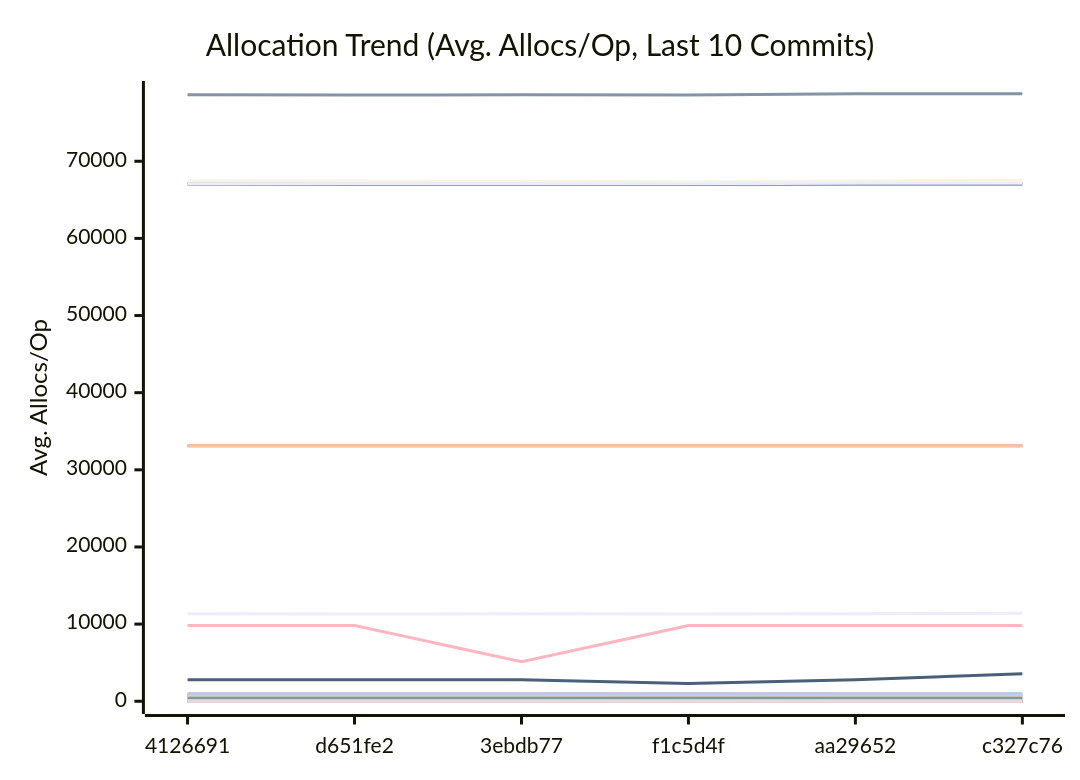
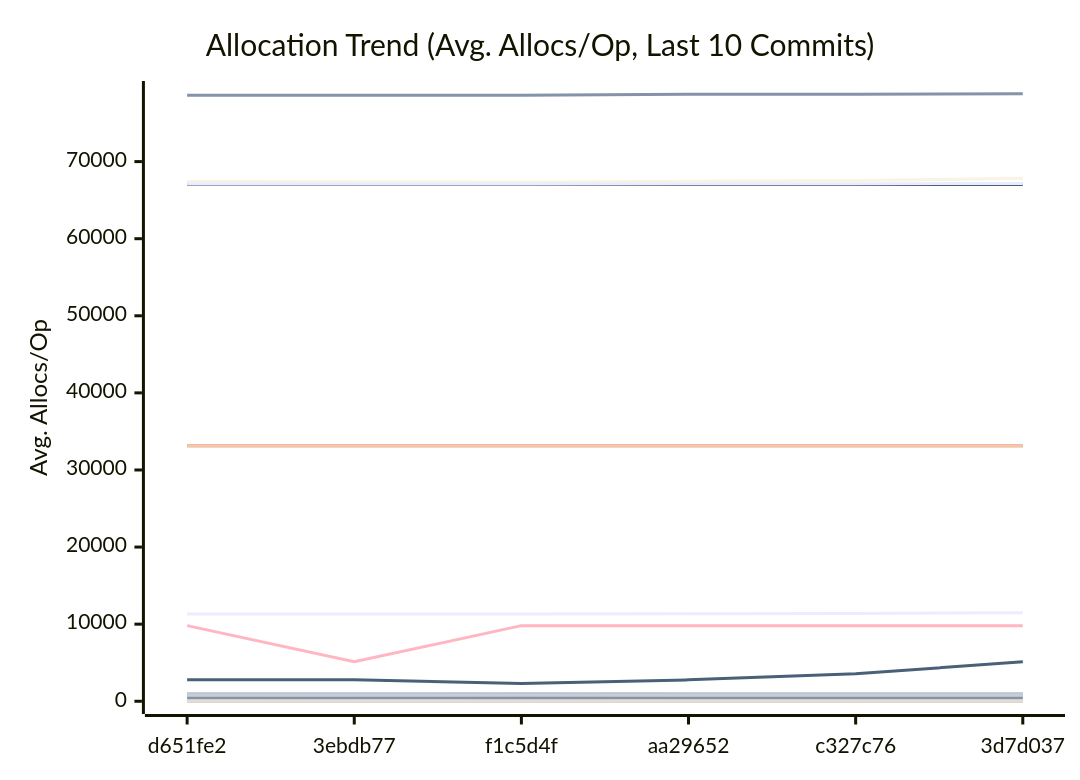
The third of 3 diagrams in docs/PERFORMANCE.md (alsotoes/momo), drawn with Mermaid before and after one commit. The commit also changed other lines of this file and 1 other file, not shown here.

````diff
--- a/docs/PERFORMANCE.md
+++ b/docs/PERFORMANCE.md
@@ -360,44 +360,44 @@
 ```mermaid
 xychart-beta
     title "Allocation Trend (Avg. Allocs/Op, Last 10 Commits)"
     x-axis "Commit"
     y-axis "Avg. Allocs/Op"
-    x-axis [4126691,d651fe2,3ebdb77,f1c5d4f,aa29652,c327c76]
-    line "AWSChunkedReaderSigned" [11352,11308,11331,11309,11357,11392,11480,11346,11370,11345]
-    line "AWSChunkedReaderUnsigned" [78631,78600,78609,78603,78751,78742,78802,78690,78621,78704]
+    x-axis [d651fe2,3ebdb77,f1c5d4f,aa29652,c327c76,3d7d037]
+    line "AWSChunkedReaderSigned" [11308,11331,11309,11357,11392,11480,11346,11370,11345,11319]
+    line "AWSChunkedReaderUnsigned" [78600,78609,78603,78751,78742,78802,78690,78621,78704,78640]
     line "CheckMetricsAndSwap" [0,0,0,0,0,0,0,0,0,0]
     line "CrushOptimized" [0,0,0,0,0,0,0,0,0,0]
     line "CrushOriginal" [3,3,3,3,3,3,3,3,3,3]
     line "FormatListObjectsV2XML_AppendFormat" [16,16,16,16,16,16,16,16,16,16]
     line "FormatListObjectsV2XML_OldFormat" [1000,1000,1000,1000,1000,1000,1000,1000,1000,1000]
     line "HashBytes/1MiB" [64,64,64,64,64,64,64,64,64,64]
     line "HashBytes/256MiB" [64,64,64,64,64,64,64,64,64,64]
     line "HashBytes/64MiB" [64,64,64,64,64,64,64,64,64,64]
     line "HashFile/1MiB" [33128,33128,33128,33128,33128,33128,33128,33128,33128,33128]
     line "HashFile/256MiB" [33128,33128,33128,33128,33128,33128,33128,33128,33128,33128]
     line "HashFile/64MiB" [33128,33128,33128,33128,33128,33128,33128,33128,33128,33128]
     line "IndexDirectTracking" [0,0,0,0,0,0,0,0,0,0]
     line "IndexSearch" [0,0,0,0,0,0,0,0,0,0]
     line "LastModifiedHeader_AppendFormat" [0,0,0,0,0,0,0,0,0,0]
     line "LastModifiedHeader_Format" [1,1,1,1,1,1,1,1,1,1]
     line "LoadGlobalConfig" [58,58,58,58,58,58,58,58,58,58]
-    line "LocalWrite/1MiB" [67036,67032,67028,67031,67046,67042,67042,67033,67031,67039]
-    line "LocalWrite/256MiB" [67488,67427,67403,67338,67449,67537,67838,67598,67348,67405]
-    line "LocalWrite/64MiB" [67088,67081,67097,67088,67134,67134,67169,67134,67099,67099]
+    line "LocalWrite/1MiB" [67032,67028,67031,67046,67042,67042,67033,67031,67039,67040]
+    line "LocalWrite/256MiB" [67427,67403,67338,67449,67537,67838,67598,67348,67405,67488]
+    line "LocalWrite/64MiB" [67081,67097,67088,67134,67134,67169,67134,67099,67099,67127]
     line "PadString" [1,1,1,1,1,1,1,1,1,1]
     line "ParseReplicationOrder_NoPrealloc" [6,6,6,6,6,5,5,5,5,5]
     line "ParseReplicationOrder_Prealloc" [2,2,2,2,2,1,1,1,1,1]
     line "Placement" [6,6,6,6,6,6,6,6,6,6]
     line "PlacementDomainSpread" [6,6,6,6,6,6,6,6,6,6]
-    line "ReadVerify/1MiB" [486,478,467,459,484,493,526,438,437,474]
-    line "ReadVerify/256MiB" [9808,9808,5120,9808,9808,9808,9808,9808,9808,9808]
-    line "ReadVerify/64MiB" [2776,2776,2776,2307,2776,3557,5120,3557,2776,2307]
-    line "S3PutSpool/1MiB" [447,447,448,447,448,448,448,448,447,448]
+    line "ReadVerify/1MiB" [478,467,459,484,493,526,438,437,474,439]
+    line "ReadVerify/256MiB" [9808,5120,9808,9808,9808,9808,9808,9808,9808,9808]
+    line "ReadVerify/64MiB" [2776,2776,2307,2776,3557,5120,3557,2776,2307,5120]
+    line "S3PutSpool/1MiB" [447,448,447,448,448,448,448,447,448,447]
     line "S3PutSpool/256MiB" [448,448,448,448,448,448,448,448,448,448]
     line "S3PutSpool/64MiB" [448,448,448,448,448,448,448,448,448,448]
     line "SanitizeLog/Safe" [0,0,0,0,0,0,0,0,0,0]
     line "SanitizeLog/Unsafe" [1,1,1,1,1,1,1,1,1,1]
-    line "TrustedRead/1MiB" [800,800,800,837,800,800,800,800,800,800]
+    line "TrustedRead/1MiB" [800,800,837,800,800,800,800,800,800,858]
     line "TrustedRead/256MiB" [800,800,800,800,800,800,800,800,800,800]
     line "TrustedRead/64MiB" [800,800,800,800,800,800,800,800,800,800]
 ```
````
